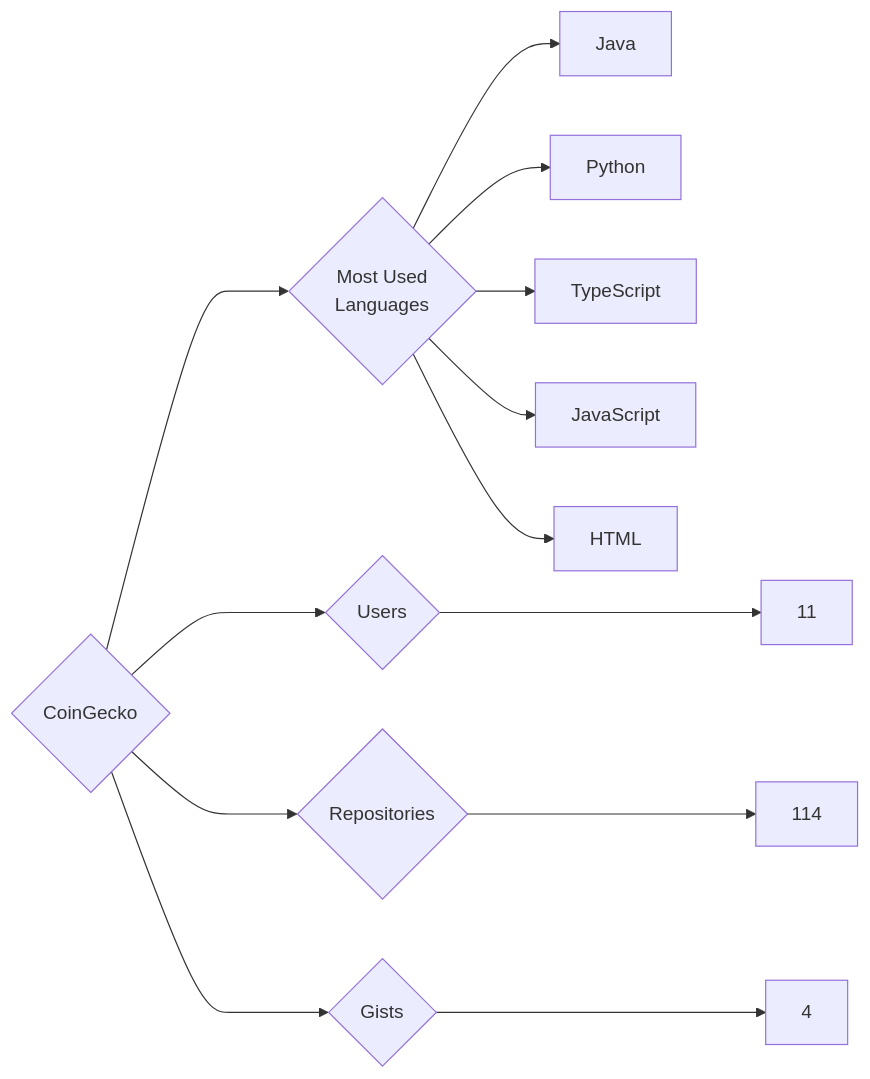
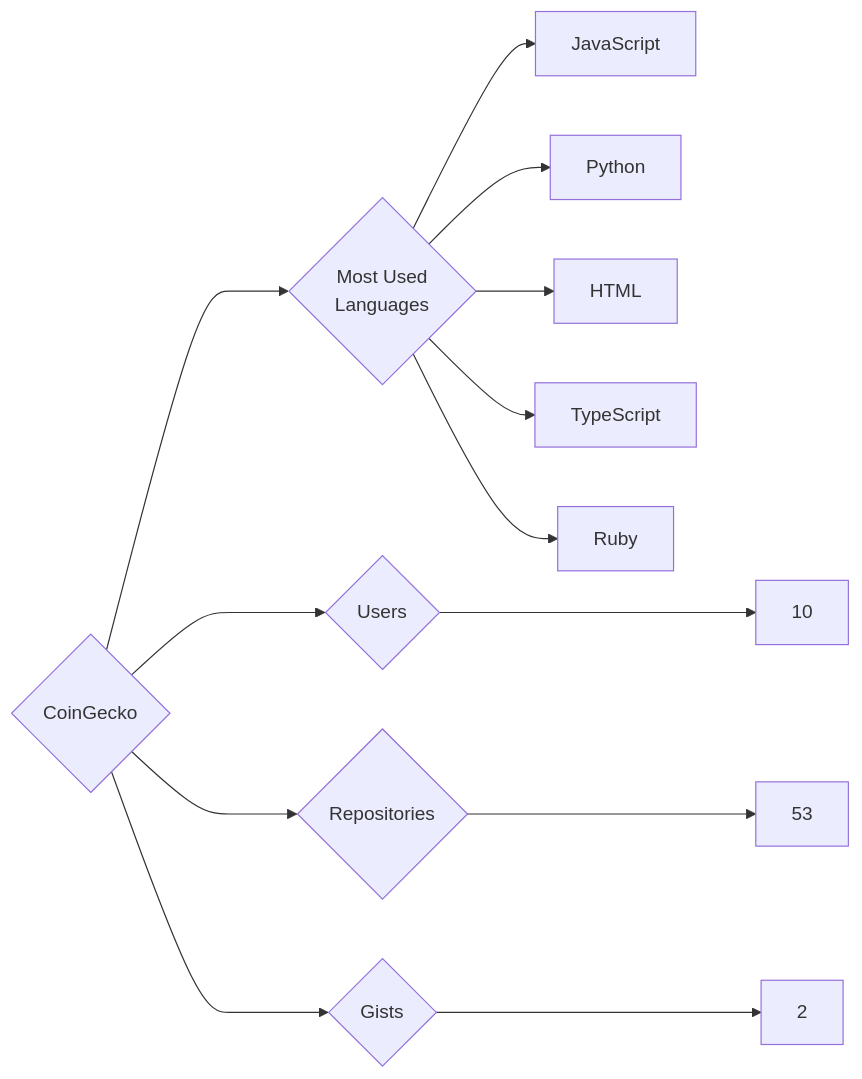
The diagram in targets/CoinGecko/README.md (trickest/insiders), drawn with Mermaid before and after one commit. The commit also changed 859 other files, not shown here.

````diff
--- a/targets/CoinGecko/README.md
+++ b/targets/CoinGecko/README.md
@@ -3,13 +3,13 @@
 ```mermaid
 graph LR
 COMPANY_NAME{CoinGecko}
-COMPANY_NAME ---> U{Users} ---> UN[11]
-COMPANY_NAME ---> R{Repositories} ---> RN[114]
-COMPANY_NAME ---> G{Gists} ---> GN[4]
+COMPANY_NAME ---> U{Users} ---> UN[10]
+COMPANY_NAME ---> R{Repositories} ---> RN[53]
+COMPANY_NAME ---> G{Gists} ---> GN[2]
 COMPANY_NAME ---> ML{Most Used<br>Languages}
-ML --> Java[Java]
+ML --> JavaScript[JavaScript]
 ML --> Python[Python]
+ML --> HTML[HTML]
 ML --> TypeScript[TypeScript]
-ML --> JavaScript[JavaScript]
-ML --> HTML[HTML]
+ML --> Ruby[Ruby]
 ```
````
